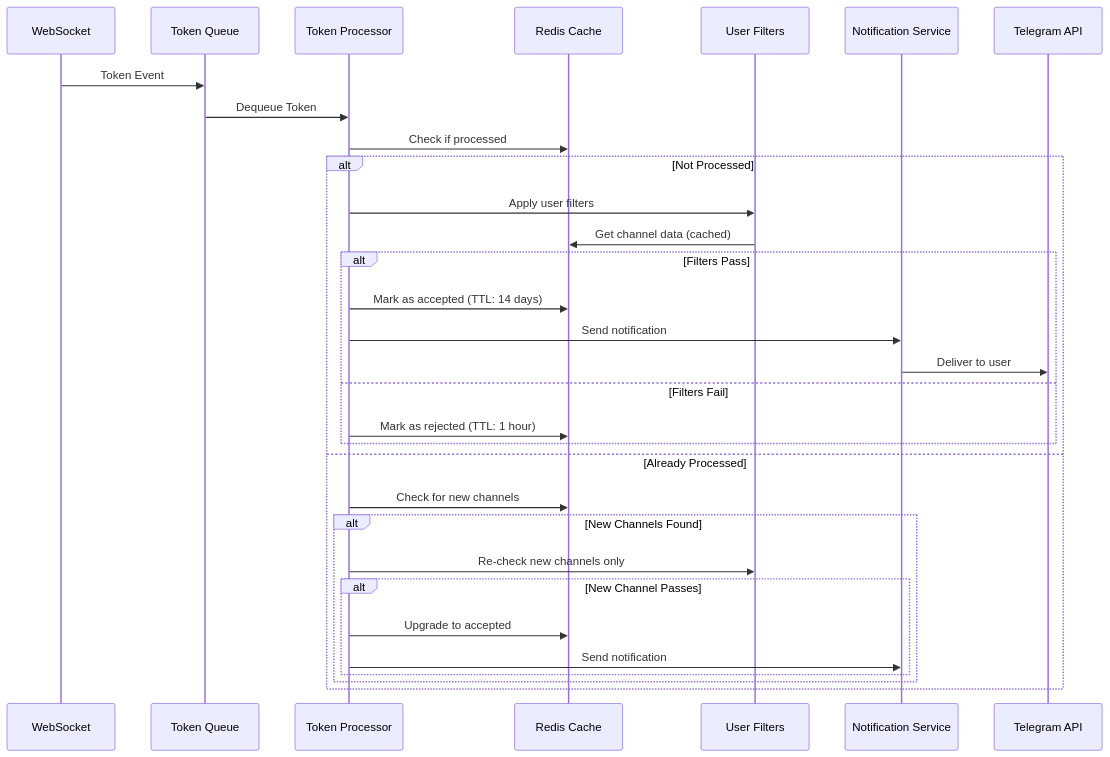
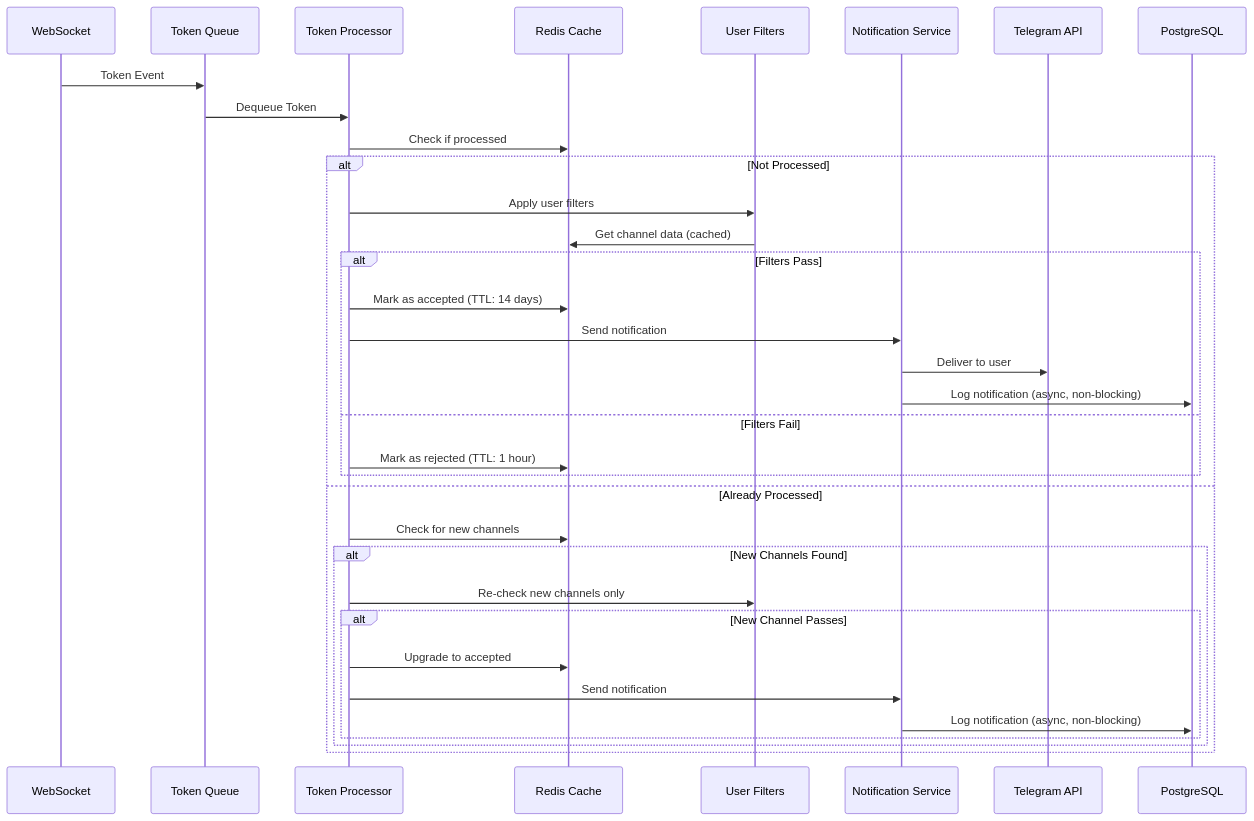
One commit to adamsosx/crypto-trading-bot-portfolio changed the second of 3 diagrams in README.md. Above: the diagram before and after it, drawn with Mermaid. The commit also changed 2 other files, not shown here.

Commit message:
Add files via upload
Update

````diff
--- a/README.md
+++ b/README.md
@@ -99,34 +99,37 @@
 ```mermaid
 sequenceDiagram
     participant WS as WebSocket
     participant Queue as Token Queue
     participant Processor as Token Processor
     participant Redis as Redis Cache
     participant Filter as User Filters
     participant Notif as Notification Service
     participant TG as Telegram API
+    participant PG as PostgreSQL
     
     WS->>Queue: Token Event
     Queue->>Processor: Dequeue Token
     Processor->>Redis: Check if processed
     alt Not Processed
         Processor->>Filter: Apply user filters
         Filter->>Redis: Get channel data (cached)
         alt Filters Pass
             Processor->>Redis: Mark as accepted (TTL: 14 days)
             Processor->>Notif: Send notification
             Notif->>TG: Deliver to user
+            Notif->>PG: Log notification (async, non-blocking)
         else Filters Fail
             Processor->>Redis: Mark as rejected (TTL: 1 hour)
         end
     else Already Processed
         Processor->>Redis: Check for new channels
         alt New Channels Found
             Processor->>Filter: Re-check new channels only
             alt New Channel Passes
                 Processor->>Redis: Upgrade to accepted
                 Processor->>Notif: Send notification
+                Notif->>PG: Log notification (async, non-blocking)
             end
         end
     end
 ```
````
